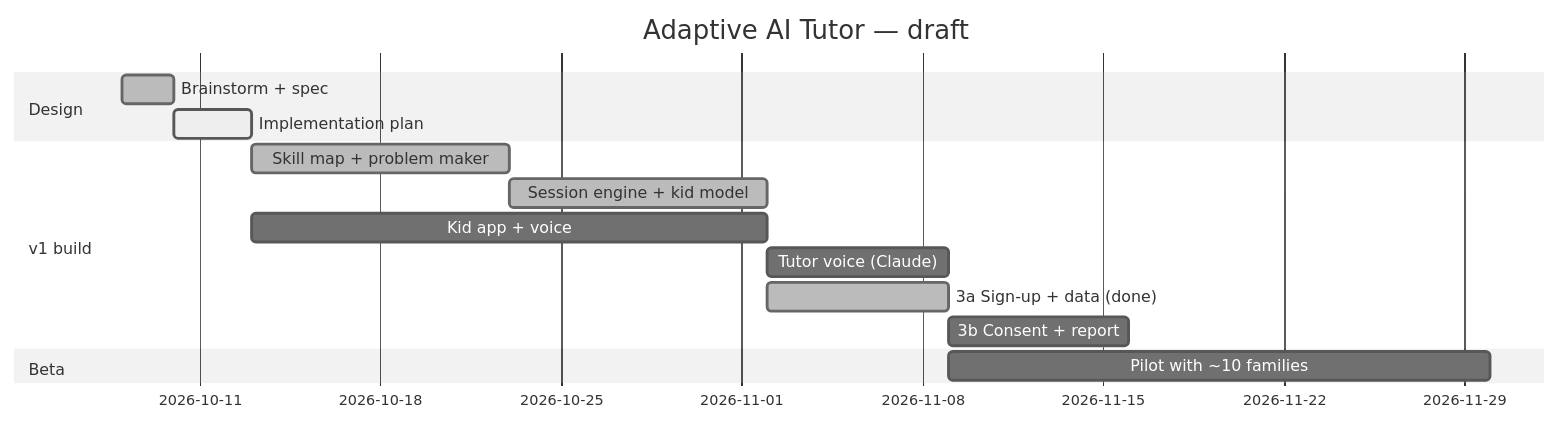
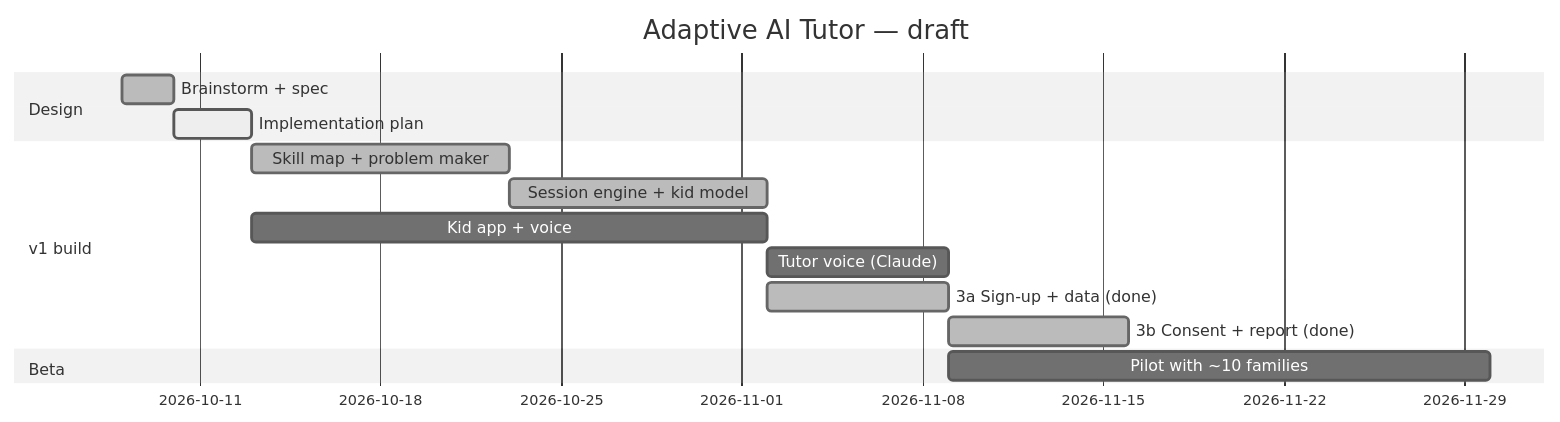
The diagram in vault/05 Roadmap/Roadmap.md (andrejovnarski/ai-tutor), drawn with Mermaid (neutral theme) before and after one commit. The commit also changed 3 other files, not shown here.

Commit message:
test: full parent journey e2e; docs: Stripe, Resend and cron setup; roadmap

````diff
--- a/vault/05 Roadmap/Roadmap.md
+++ b/vault/05 Roadmap/Roadmap.md
@@ -9,17 +9,17 @@
 ```mermaid
 gantt
   title Adaptive AI Tutor — draft
   dateFormat YYYY-MM-DD
   section Design
   Brainstorm + spec         :done, d1, 2026-10-08, 2d
   Implementation plan       :active, d2, after d1, 3d
   section v1 build
   Skill map + problem maker :done, b1, after d2, 10d
   Session engine + kid model:done, b2, after b1, 10d
   Kid app + voice           :b3, after d2, 20d
   Tutor voice (Claude)      :b4, after b2, 7d
   3a Sign-up + data (done)  :done, b5a, after b2, 7d
-  3b Consent + report       :b5b, after b5a, 7d
+  3b Consent + report (done) :done, b5b, after b5a, 7d
   section Beta
   Pilot with ~10 families   :p1, after b4, 21d
 ```
````
